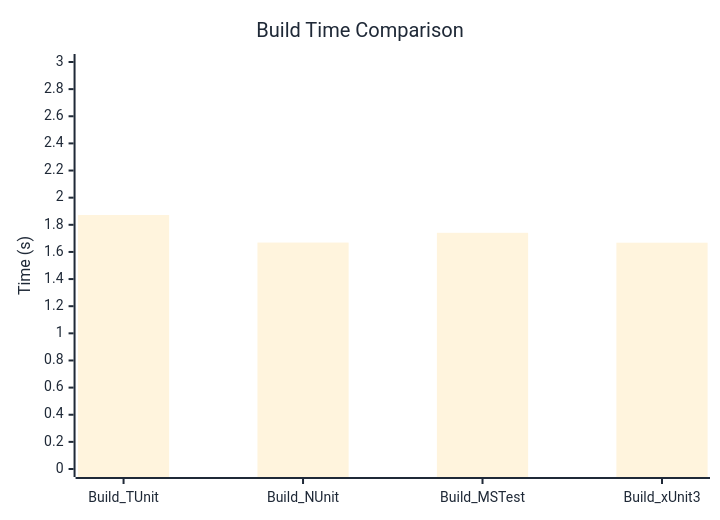
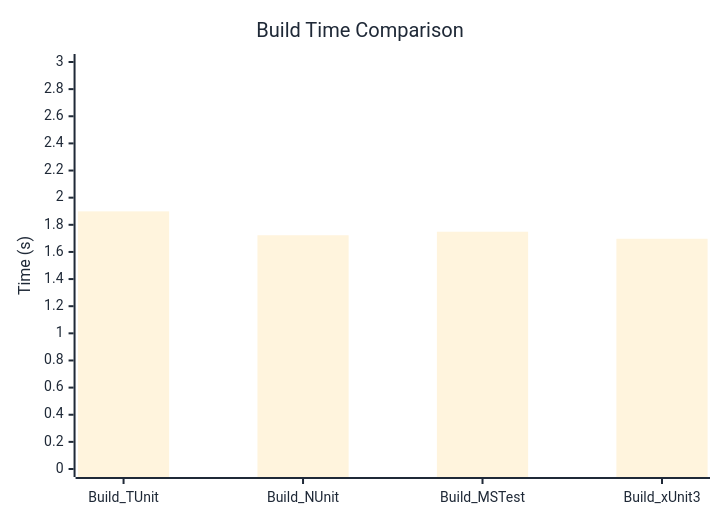
The diagram in docs/docs/benchmarks/BuildTime.md (thomhurst/TUnit), drawn with Mermaid before and after one commit. The commit also changed other lines of this file and 17 other files, not shown here.

````diff
--- a/docs/docs/benchmarks/BuildTime.md
+++ b/docs/docs/benchmarks/BuildTime.md
@@ -28,37 +28,37 @@
 ```mermaid
 %%{init: {
   'theme':'base',
   'themeVariables': {
     'primaryColor': '#2563eb',
     'primaryTextColor': '#1f2937',
     'primaryBorderColor': '#1e40af',
     'lineColor': '#6b7280',
     'secondaryColor': '#7c3aed',
     'tertiaryColor': '#dc2626',
     'background': '#ffffff',
     'mainBkg': '#2563eb',
     'secondBkg': '#7c3aed',
     'tertiaryBkg': '#dc2626',
     'clusterBkg': '#f3f4f6',
     'edgeLabelBackground': '#ffffff',
     'tertiaryTextColor': '#1f2937',
     'pie1': '#2563eb',
     'pie2': '#7c3aed',
     'pie3': '#dc2626',
     'pie4': '#f59e0b',
     'pie5': '#10b981',
     'pie6': '#06b6d4',
     'pie7': '#ec4899',
     'pie8': '#6366f1',
     'pie9': '#84cc16',
     'pie10': '#f97316',
     'pie11': '#14b8a6',
     'pie12': '#a855f7'
   }
 }}%%
 xychart-beta
   title "Build Time Comparison"
   x-axis ["Build_TUnit", "Build_NUnit", "Build_MSTest", "Build_xUnit3"]
   y-axis "Time (s)" 0 --> 3
-  bar [1.872, 1.669, 1.741, 1.668]
+  bar [1.899, 1.723, 1.749, 1.697]
 ```
````
